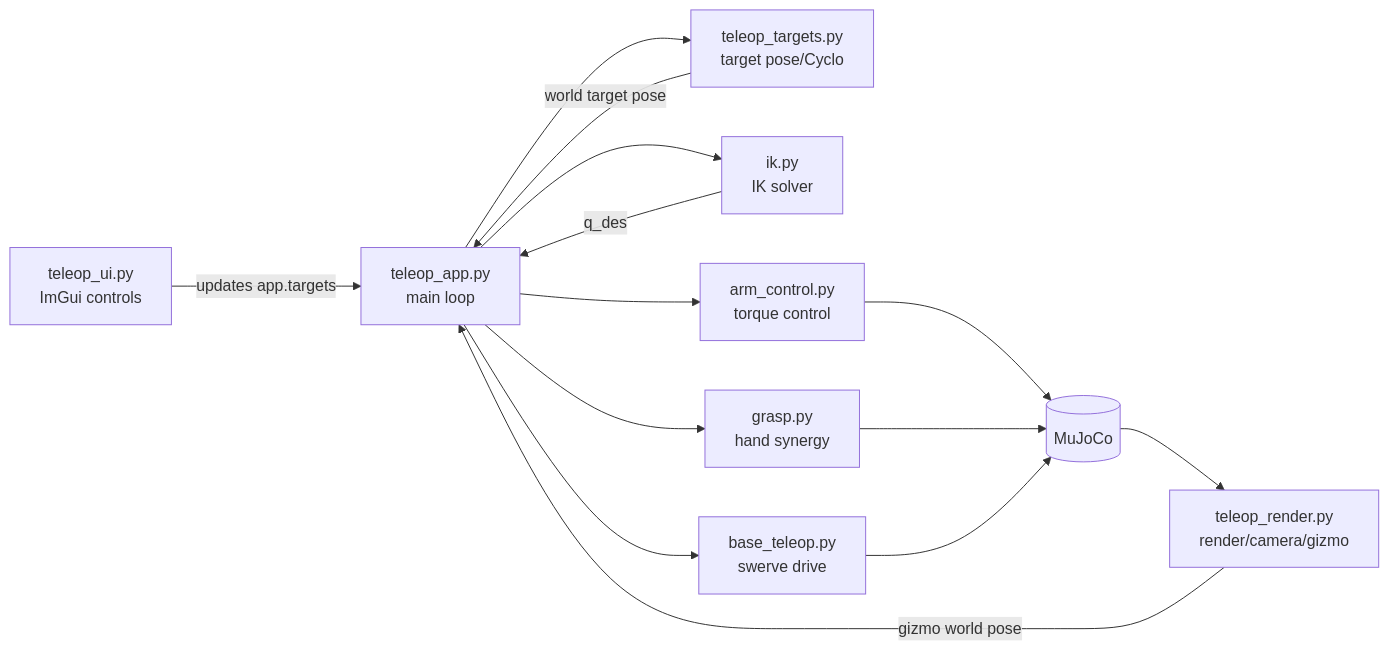
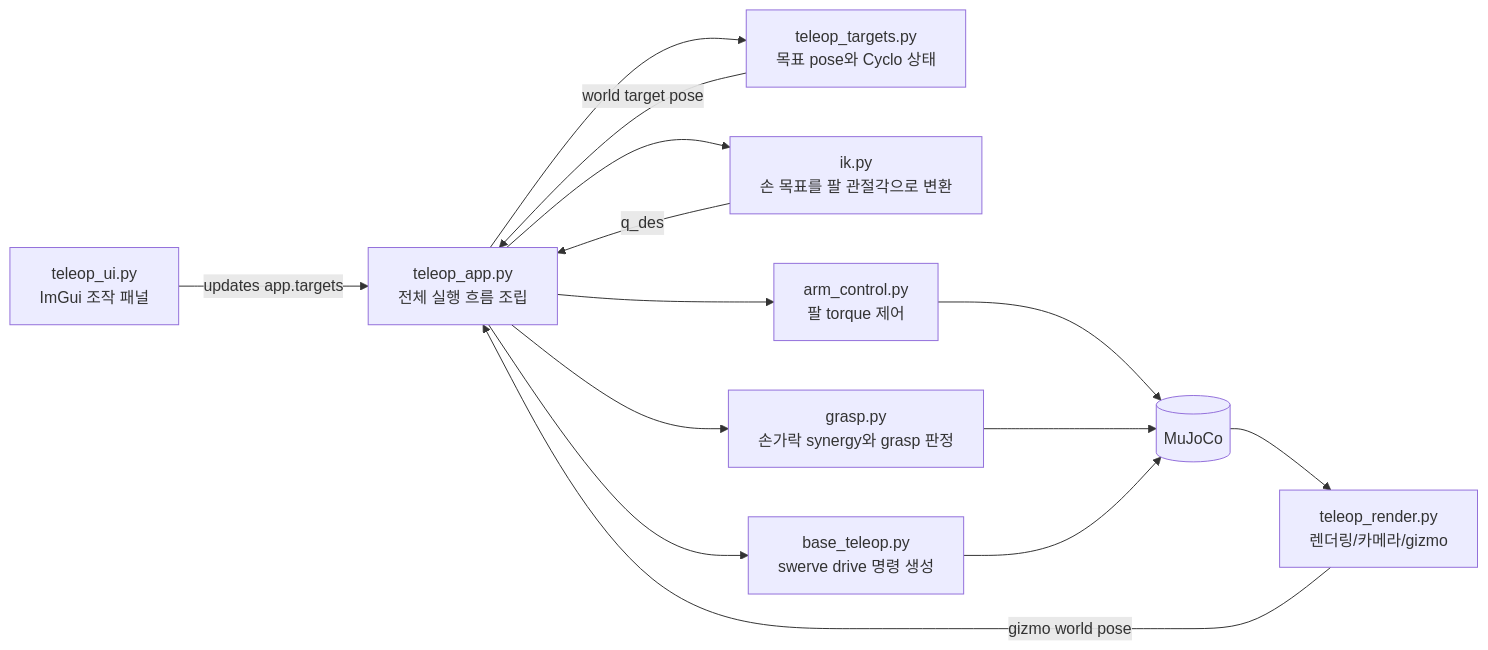
Before and after one commit to ggh-png/ffw-sh5-grasp: the diagram in docs/guide/index.md, drawn with Mermaid. The commit also changed 9 other files, not shown here.

Commit message:
Improve docs diagrams and add project link

````diff
--- a/docs/guide/index.md
+++ b/docs/guide/index.md
@@ -7,26 +7,26 @@
 ```mermaid
 graph LR
-    APP["teleop_app.py<br/>main loop"]
-    UI["teleop_ui.py<br/>ImGui controls"]
-    RENDER["teleop_render.py<br/>render/camera/gizmo"]
-    TARGETS["teleop_targets.py<br/>target pose/Cyclo"]
-    IK["ik.py<br/>IK solver"]
-    ARM["arm_control.py<br/>torque control"]
-    GRASP["grasp.py<br/>hand synergy"]
-    BASE["base_teleop.py<br/>swerve drive"]
+    APP["teleop_app.py<br>전체 실행 흐름 조립"]
+    UI["teleop_ui.py<br>ImGui 조작 패널"]
+    RENDER["teleop_render.py<br>렌더링/카메라/gizmo"]
+    TARGETS["teleop_targets.py<br>목표 pose와 Cyclo 상태"]
+    IK["ik.py<br>손 목표를 팔 관절각으로 변환"]
+    ARM["arm_control.py<br>팔 torque 제어"]
+    GRASP["grasp.py<br>손가락 synergy와 grasp 판정"]
+    BASE["base_teleop.py<br>swerve drive 명령 생성"]
     PHYS[(MuJoCo)]
 
     UI -->|updates app.targets| APP
     RENDER -->|gizmo world pose| APP
     APP --> TARGETS
     TARGETS -->|world target pose| APP
     APP --> IK
     IK -->|q_des| APP
     APP --> ARM
     APP --> GRASP
     APP --> BASE
     ARM --> PHYS
     GRASP --> PHYS
     BASE --> PHYS
     PHYS --> RENDER
 ```
````
